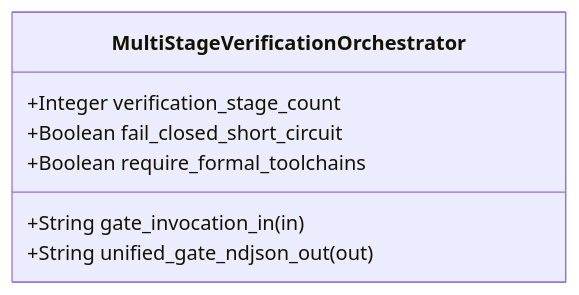
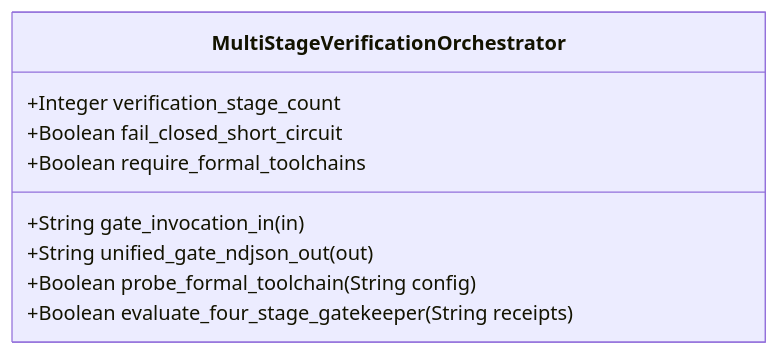
One commit to gintatkinson/DEAP01-spec-core changed the diagram in .pipeline/upstream/docs/features/FEAT-44-MultiStageVerificationOrchestrator.md. Above: the diagram before and after it, drawn with Mermaid. The commit also changed other lines of this file and 225 other files, not shown here.

````diff
--- a/.pipeline/upstream/docs/features/FEAT-44-MultiStageVerificationOrchestrator.md
+++ b/.pipeline/upstream/docs/features/FEAT-44-MultiStageVerificationOrchestrator.md
@@ -16,10 +21,12 @@
 ```mermaid
 classDiagram
     class MultiStageVerificationOrchestrator {
         +String gate_invocation_in (in)
         +String unified_gate_ndjson_out (out)
         +Integer verification_stage_count
         +Boolean fail_closed_short_circuit
         +Boolean require_formal_toolchains
+        +Boolean probe_formal_toolchain(String config)
+        +Boolean evaluate_four_stage_gatekeeper(String receipts)
     }
 ```
````
